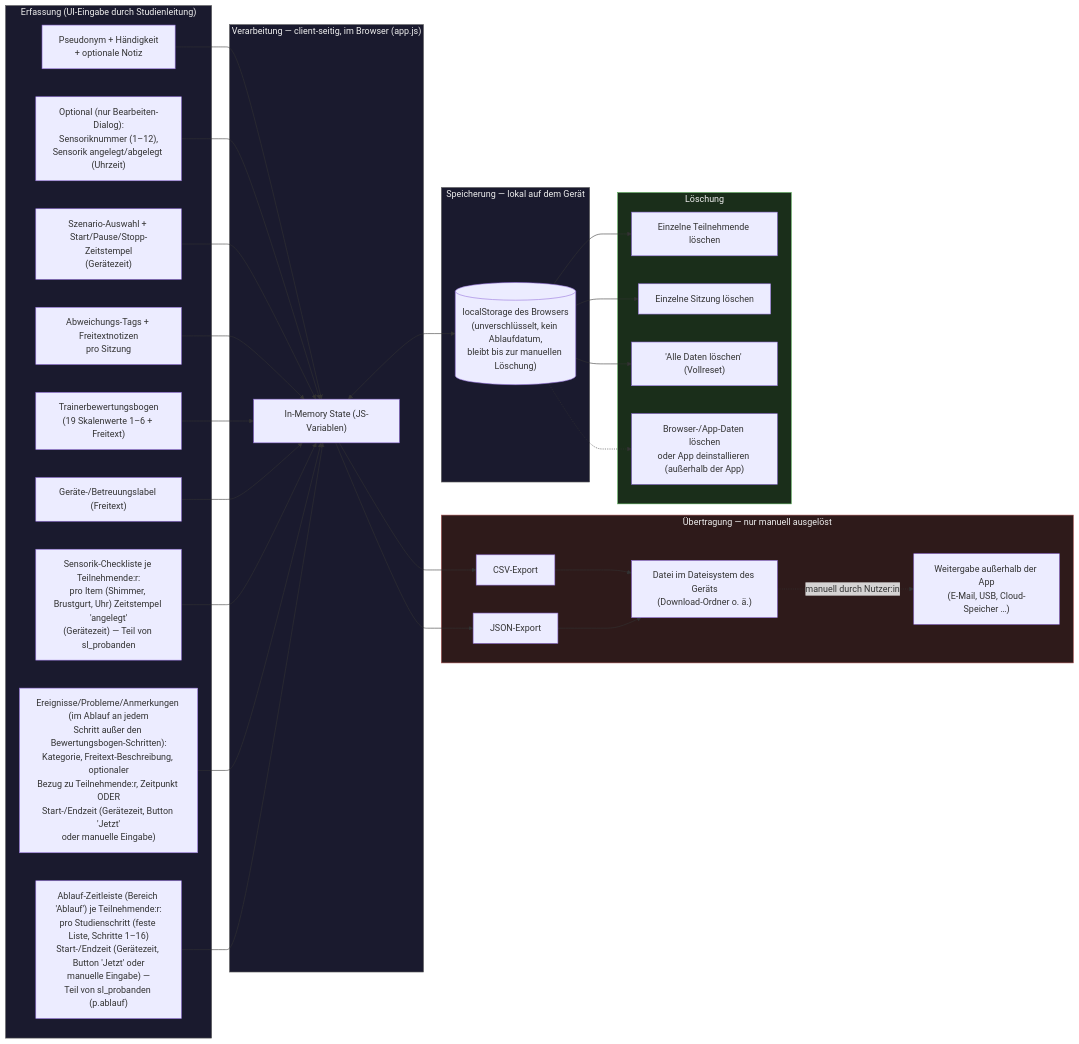
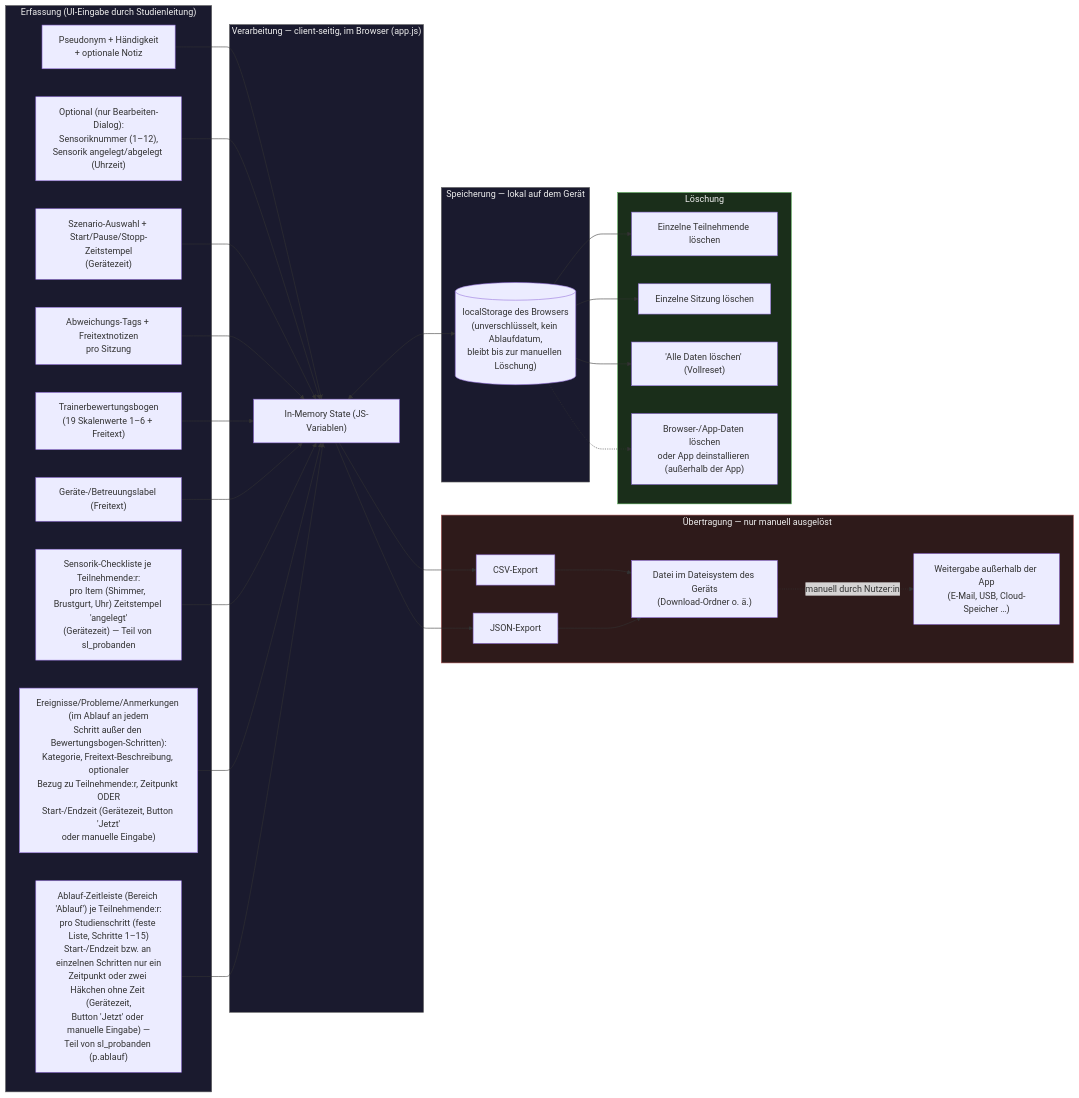
One commit to MStem911/StudyLog-mextPro changed the diagram in docs/DATENFLUSS.md. Above: the diagram before and after it, drawn with Mermaid. The commit also changed other lines of this file and 7 other files, not shown here.

````diff
--- a/docs/DATENFLUSS.md
+++ b/docs/DATENFLUSS.md
@@ -27,53 +27,53 @@
 ```mermaid
 flowchart LR
     subgraph Input["Erfassung (UI-Eingabe durch Studienleitung)"]
         I1["Pseudonym + Händigkeit<br/>+ optionale Notiz"]
         I2["Optional (nur Bearbeiten-Dialog):<br/>Sensoriknummer (1–12),<br/>Sensorik angelegt/abgelegt (Uhrzeit)"]
         I3["Szenario-Auswahl + Start/Pause/Stopp-Zeitstempel<br/>(Gerätezeit)"]
         I4["Abweichungs-Tags + Freitextnotizen<br/>pro Sitzung"]
         I5["Trainerbewertungsbogen<br/>(19 Skalenwerte 1–6 + Freitext)"]
         I6["Geräte-/Betreuungslabel (Freitext)"]
         I7["Sensorik-Checkliste je Teilnehmende:r:<br/>pro Item (Shimmer, Brustgurt, Uhr) Zeitstempel 'angelegt'<br/>(Gerätezeit) — Teil von sl_probanden"]
         I8["Ereignisse/Probleme/Anmerkungen (im Ablauf an jedem<br/>Schritt außer den Bewertungsbogen-Schritten):<br/>Kategorie, Freitext-Beschreibung, optionaler<br/>Bezug zu Teilnehmende:r, Zeitpunkt ODER<br/>Start-/Endzeit (Gerätezeit, Button 'Jetzt'<br/>oder manuelle Eingabe)"]
-        I9["Ablauf-Zeitleiste (Bereich 'Ablauf') je Teilnehmende:r:<br/>pro Studienschritt (feste Liste, Schritte 1–16)<br/>Start-/Endzeit (Gerätezeit, Button 'Jetzt' oder<br/>manuelle Eingabe) —<br/>Teil von sl_probanden (p.ablauf)"]
+        I9["Ablauf-Zeitleiste (Bereich 'Ablauf') je Teilnehmende:r:<br/>pro Studienschritt (feste Liste, Schritte 1–15)<br/>Start-/Endzeit bzw. an einzelnen Schritten nur ein<br/>Zeitpunkt oder zwei Häkchen ohne Zeit (Gerätezeit,<br/>Button 'Jetzt' oder manuelle Eingabe) —<br/>Teil von sl_probanden (p.ablauf)"]
     end
 
     subgraph Process["Verarbeitung — client-seitig, im Browser (app.js)"]
         P1["In-Memory State (JS-Variablen)"]
     end
 
     subgraph Storage["Speicherung — lokal auf dem Gerät"]
         S1[("localStorage des Browsers<br/>(unverschlüsselt, kein Ablaufdatum,<br/>bleibt bis zur manuellen Löschung)")]
     end
 
     subgraph Transfer["Übertragung — nur manuell ausgelöst"]
         T1["CSV-Export"]
         T2["JSON-Export"]
         T3["Datei im Dateisystem des Geräts<br/>(Download-Ordner o. ä.)"]
         T4["Weitergabe außerhalb der App<br/>(E-Mail, USB, Cloud-Speicher …)"]
     end
 
     subgraph Delete["Löschung"]
         D1["Einzelne Teilnehmende löschen"]
         D2["Einzelne Sitzung löschen"]
         D3["'Alle Daten löschen' (Vollreset)"]
         D4["Browser-/App-Daten löschen<br/>oder App deinstallieren (außerhalb der App)"]
     end
 
     I1 & I2 & I3 & I4 & I5 & I6 & I7 & I8 & I9 --> P1
     P1 <--> S1
     P1 --> T1 --> T3
     P1 --> T2 --> T3
     T3 -.manuell durch Nutzer:in.-> T4
 
     S1 --> D1
     S1 --> D2
     S1 --> D3
     S1 -.-> D4
 
     style Input fill:#1a1a2e,stroke:#666,color:#eee
     style Process fill:#1a1a2e,stroke:#666,color:#eee
     style Storage fill:#1a1a2e,stroke:#666,color:#eee
     style Transfer fill:#2e1a1a,stroke:#a55,color:#eee
     style Delete fill:#1a2e1a,stroke:#5a5,color:#eee
 ```
````
